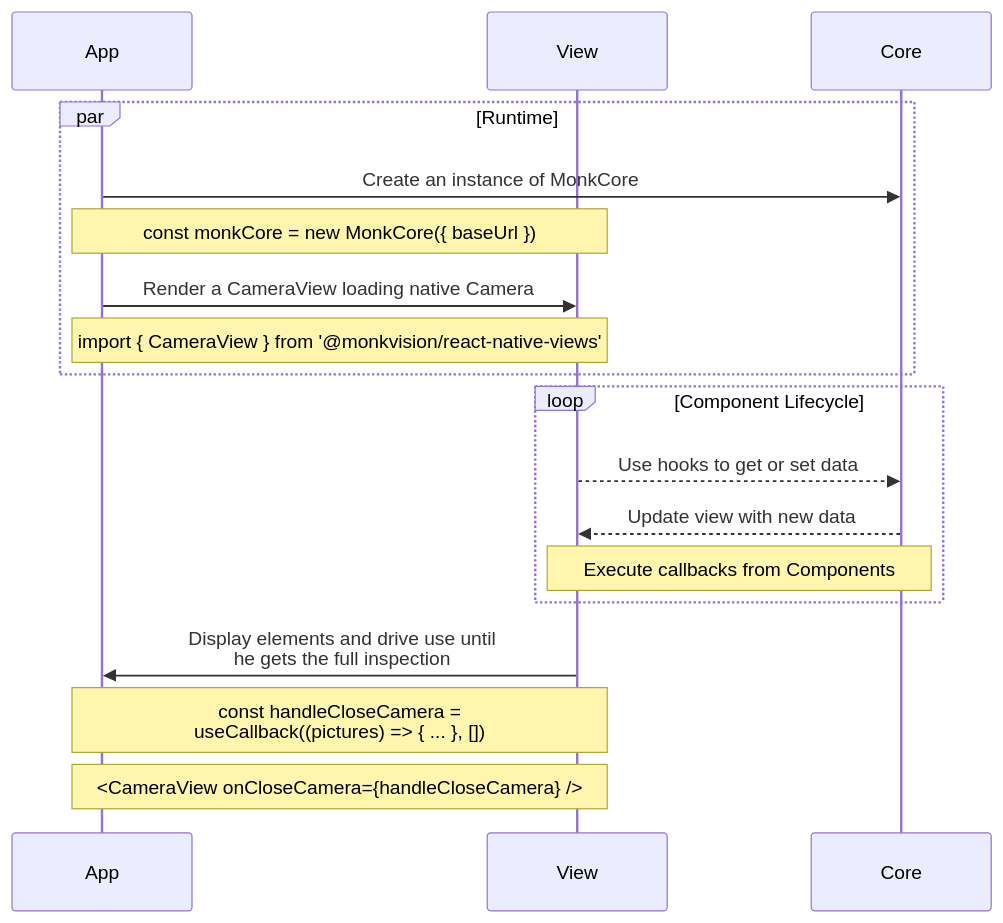
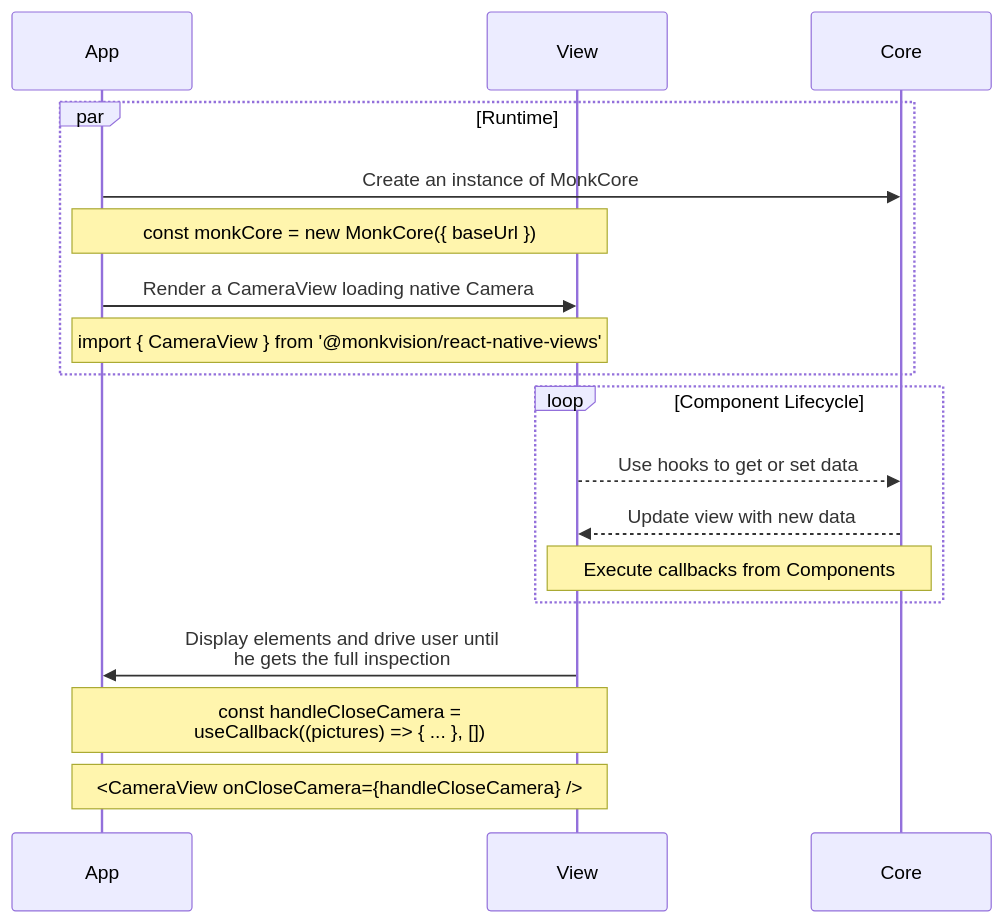
One commit to monkvision/monkjs changed the first of 2 diagrams in website/docs/intro.md. Above: the diagram before and after it, drawn with Mermaid. The commit also changed other lines of this file and 11 other files, not shown here.

````diff
--- a/website/docs/intro.md
+++ b/website/docs/intro.md
@@ -14,24 +14,24 @@
 ``` mermaid
 sequenceDiagram
 
 participant App
 participant View
 participant Core
 
 par Runtime
 App->>Core: Create an instance of MonkCore
 Note over App,View: const monkCore = new MonkCore({ baseUrl });
 App->>View: Render a CameraView loading native Camera
 Note over App,View: import { CameraView } from '@monkvision/react-native-views';
 end
 
 loop Component Lifecycle
 View-->>Core: Use hooks to get or set data
 Core-->>View: Update view with new data
 Note over Core,View: Execute callbacks from Components
 end
 
-View->>App: Display elements and drive use until<br>he gets the full inspection
+View->>App: Display elements and drive user until<br>he gets the full inspection
 Note over View,App: const handleCloseCamera =<br>useCallback((pictures) => { ... }, []);
 Note over View,App: <CameraView onCloseCamera={handleCloseCamera} />
 ```
````
